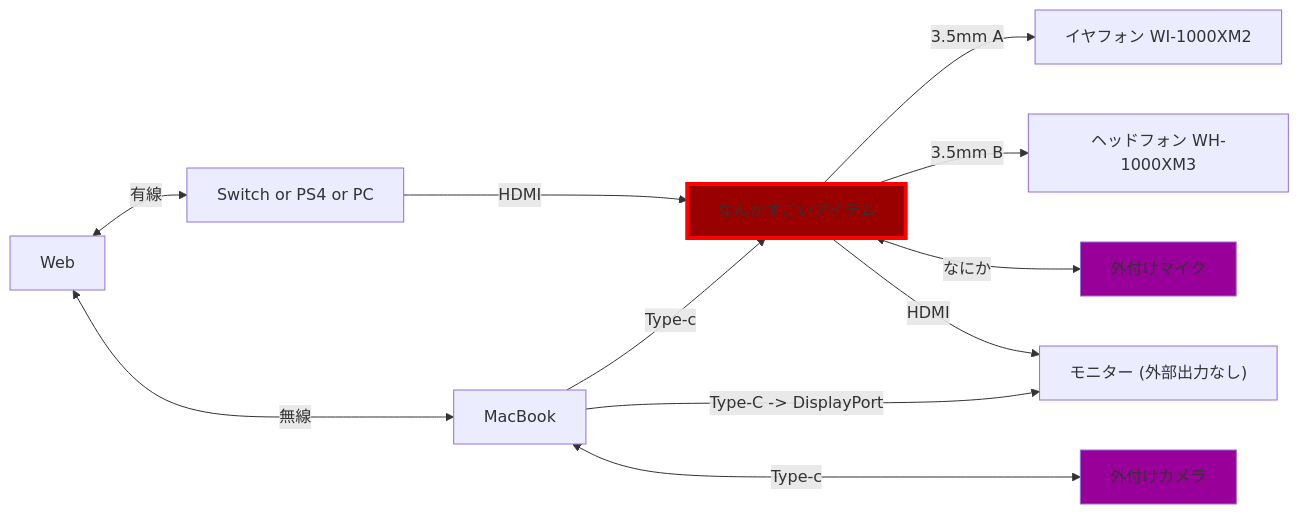
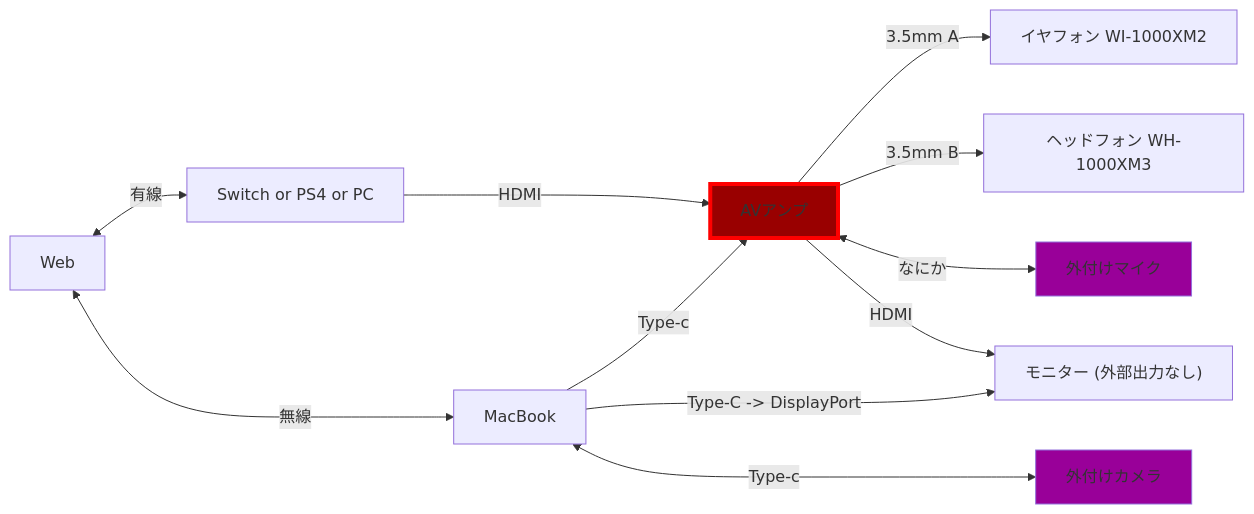
One commit to kotaoue/gamemo changed the second of 2 diagrams in environment/desktop.md. Above: the diagram before and after it, drawn with Mermaid. The commit also changed other lines of this file, not shown here.

````diff
--- a/environment/desktop.md
+++ b/environment/desktop.md
@@ -17,16 +17,16 @@
 ```mermaid
 flowchart LR
     Web <-->|有線| Game["Switch or PS4 or PC"]
     Game --->|HDMI| Gadget
     Web <-->|無線| MacBook
     Gadget -->|"3.5mm A"| イヤフォン["イヤフォン WI-1000XM2"]
     Gadget -->|"3.5mm B"| ヘッドフォン["ヘッドフォン WH-1000XM3"]
     Gadget <-->|なにか| 外付けマイク
     Gadget -->|HDMI| Monitor
     MacBook --->|"Type-C -> DisplayPort"| Monitor["モニター (外部出力なし)"]
-    MacBook -->|"Type-c"| Gadget[なんかすごいアイテム]
+    MacBook -->|"Type-c"| Gadget[AVアンプ]
     MacBook <--->|"Type-c"| 外付けカメラ
     style Gadget fill:#900,stroke:#f00,stroke-width:4px
     style 外付けカメラ fill:#909
     style 外付けマイク fill:#909
 ```
````
